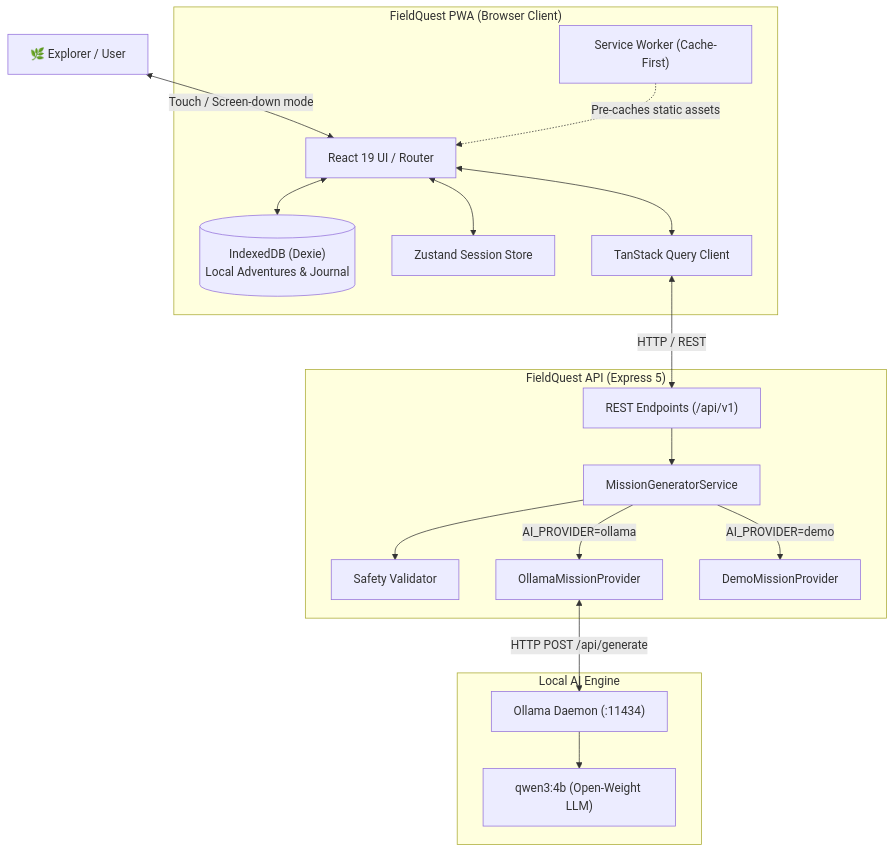
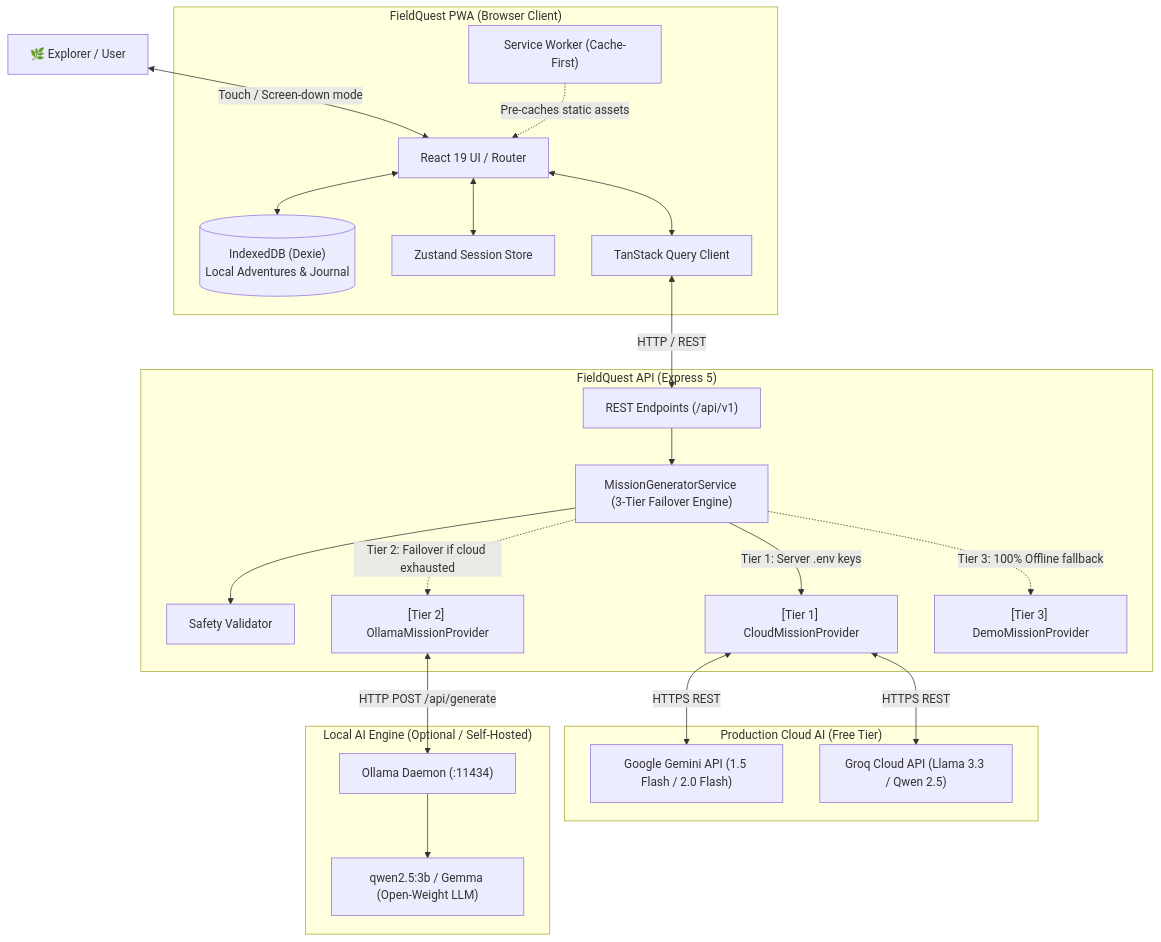
One commit to arnab825/FieldQuest changed the first of 5 diagrams in docs/ARCHITECTURE.md. Above: the diagram before and after it, drawn with Mermaid. The commit also changed other lines of this file and 21 other files, not shown here.

Commit message:
feat: add mission generator provider interface, deployment guides, and adventure setup UI component

````diff
--- a/docs/ARCHITECTURE.md
+++ b/docs/ARCHITECTURE.md
@@ -5,39 +5,48 @@
 ```mermaid
 graph TD
     User["🌿 Explorer / User"]
     
     subgraph Client["FieldQuest PWA (Browser Client)"]
         UI["React 19 UI / Router"]
         SW["Service Worker (Cache-First)"]
         IDB[("IndexedDB (Dexie)<br/>Local Adventures & Journal")]
         State["Zustand Session Store"]
         Query["TanStack Query Client"]
     end
     
     subgraph Server["FieldQuest API (Express 5)"]
         API["REST Endpoints (/api/v1)"]
-        Service["MissionGeneratorService"]
+        Service["MissionGeneratorService (3-Tier Failover Engine)"]
         Safety["Safety Validator"]
-        OllamaP["OllamaMissionProvider"]
-        DemoP["DemoMissionProvider"]
+        CloudP["[Tier 1] CloudMissionProvider"]
+        OllamaP["[Tier 2] OllamaMissionProvider"]
+        DemoP["[Tier 3] DemoMissionProvider"]
     end
     
-    subgraph AI["Local AI Engine"]
+    subgraph CloudAI["Production Cloud AI (Free Tier)"]
+        Gemini["Google Gemini API (1.5 Flash / 2.0 Flash)"]
+        Groq["Groq Cloud API (Llama 3.3 / Qwen 2.5)"]
+    end
+
+    subgraph LocalAI["Local AI Engine (Optional / Self-Hosted)"]
         OllamaServer["Ollama Daemon (:11434)"]
-        Model["qwen3:4b (Open-Weight LLM)"]
+        Model["qwen2.5:3b / Gemma (Open-Weight LLM)"]
     end
     
     User <-->|Touch / Screen-down mode| UI
     UI <--> IDB
     UI <--> State
     UI <--> Query
     Query <-->|HTTP / REST| API
     SW -.->|Pre-caches static assets| UI
     
     API --> Service
     Service --> Safety
-    Service -->|AI_PROVIDER=ollama| OllamaP
-    Service -->|AI_PROVIDER=demo| DemoP
+    Service -->|Tier 1: Server .env keys| CloudP
+    Service -.->|Tier 2: Failover if cloud exhausted| OllamaP
+    Service -.->|Tier 3: 100% Offline fallback| DemoP
+    CloudP <-->|HTTPS REST| Gemini
+    CloudP <-->|HTTPS REST| Groq
     OllamaP <-->|HTTP POST /api/generate| OllamaServer
     OllamaServer --> Model
 ```
````
